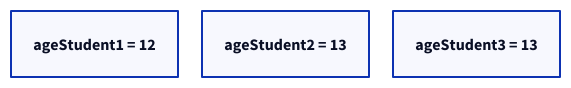
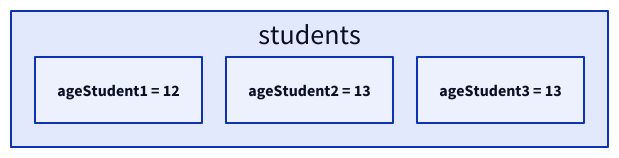
The sixth of 19 diagrams in content/cortex/data-structures-and-algorithms/01-data-structures/01-arrays/01-introduction.md (ani2fun/codefolio), drawn with D2 before and after one commit. The commit also changed other lines of this file and 352 other files, not shown here.

First line of the commit message:
Architectural deepening: pipelines, content, icons, AsyncResult

````diff
--- a/content/cortex/data-structures-and-algorithms/01-data-structures/01-arrays/01-introduction.md
+++ b/content/cortex/data-structures-and-algorithms/01-data-structures/01-arrays/01-introduction.md
@@ -249,7 +249,9 @@
 ```d2
-grid-columns: 3
-grid-gap: 24
-a: "ageStudent1 = 12"
-b: "ageStudent2 = 13"
-c: "ageStudent3 = 13"
+students: {
+  grid-columns: 3
+  grid-gap: 24
+  a: "ageStudent1 = 12"
+  b: "ageStudent2 = 13"
+  c: "ageStudent3 = 13"
+}
 ```
````
